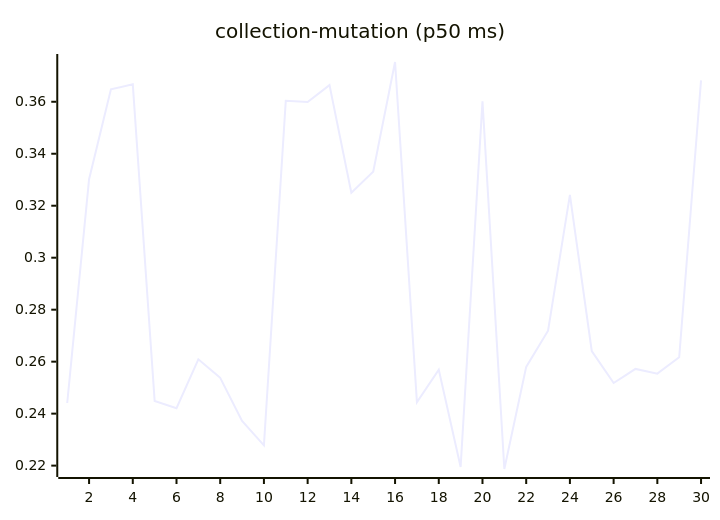
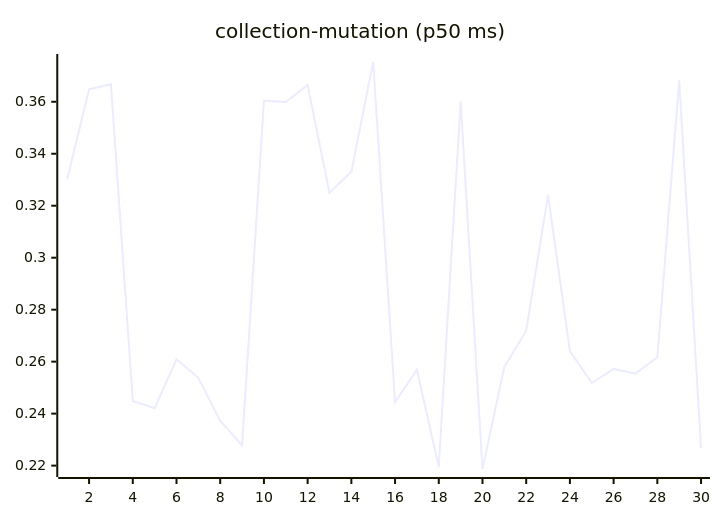
The sixth of 27 diagrams in README.md (josha/Facet), drawn with Mermaid before and after one commit. The commit also changed other lines of this file and 2 other files, not shown here.

````diff
--- a/README.md
+++ b/README.md
@@ -98,6 +98,6 @@
 ```mermaid
 xychart-beta
     title "collection-mutation (p50 ms)"
     x-axis 1 --> 30
-    line [0.2441, 0.3302, 0.3648, 0.3667, 0.2449, 0.2421, 0.2609, 0.2538, 0.2372, 0.2278, 0.3604, 0.3599, 0.3664, 0.3250, 0.3331, 0.3753, 0.2444, 0.2569, 0.2195, 0.3602, 0.2187, 0.2580, 0.2719, 0.3242, 0.2641, 0.2518, 0.2572, 0.2554, 0.2617, 0.3682]
+    line [0.3302, 0.3648, 0.3667, 0.2449, 0.2421, 0.2609, 0.2538, 0.2372, 0.2278, 0.3604, 0.3599, 0.3664, 0.3250, 0.3331, 0.3753, 0.2444, 0.2569, 0.2195, 0.3602, 0.2187, 0.2580, 0.2719, 0.3242, 0.2641, 0.2518, 0.2572, 0.2554, 0.2617, 0.3682, 0.2267]
 ```
````
